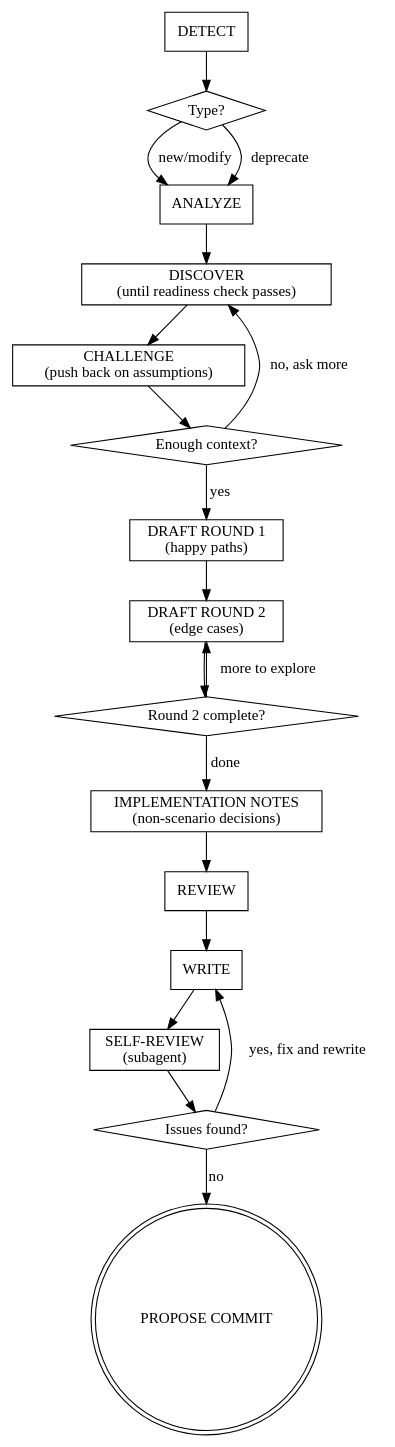
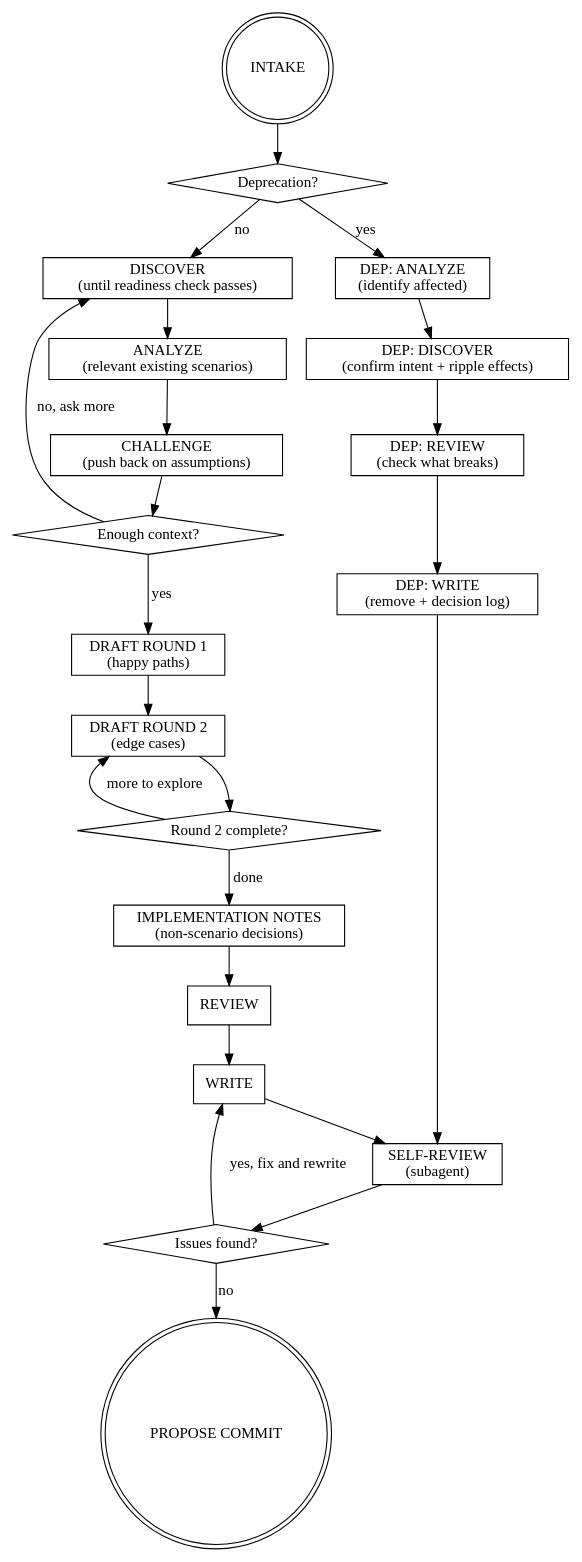
Before and after one commit to FilipPyrek/bdd-agentic-coding: the diagram in .claude/skills/writing-bdd-scenarios/SKILL.md, drawn with Graphviz. The commit also changed other lines of this file, not shown here.

First line of the commit message:
refactor(skill): reorder BDD phases to INTAKE→DISCOVER→ANALYZE→CHALLENGE

````diff
--- a/.claude/skills/writing-bdd-scenarios/SKILL.md
+++ b/.claude/skills/writing-bdd-scenarios/SKILL.md
@@ -141,38 +142,51 @@
 ```dot
 digraph bdd_flow {
-    "DETECT" [shape=box];
-    "Type?" [shape=diamond];
-    "ANALYZE" [shape=box];
+    "INTAKE" [shape=doublecircle];
+    "Deprecation?" [shape=diamond];
     "DISCOVER\n(until readiness check passes)" [shape=box];
+    "ANALYZE\n(relevant existing scenarios)" [shape=box];
     "CHALLENGE\n(push back on assumptions)" [shape=box];
     "Enough context?" [shape=diamond];
     "DRAFT ROUND 1\n(happy paths)" [shape=box];
     "DRAFT ROUND 2\n(edge cases)" [shape=box];
     "Round 2 complete?" [shape=diamond];
     "IMPLEMENTATION NOTES\n(non-scenario decisions)" [shape=box];
     "REVIEW" [shape=box];
     "WRITE" [shape=box];
     "SELF-REVIEW\n(subagent)" [shape=box];
     "Issues found?" [shape=diamond];
     "PROPOSE COMMIT" [shape=doublecircle];
 
-    "DETECT" -> "Type?";
-    "Type?" -> "ANALYZE" [label="new/modify"];
-    "Type?" -> "ANALYZE" [label="deprecate"];
-    "ANALYZE" -> "DISCOVER\n(until readiness check passes)";
-    "DISCOVER\n(until readiness check passes)" -> "CHALLENGE\n(push back on assumptions)";
-    "CHALLENGE\n(push back on assumptions)" -> "Enough context?" ;
+    subgraph deprecation {
+        "DEP: ANALYZE\n(identify affected)" [shape=box];
+        "DEP: DISCOVER\n(confirm intent + ripple effects)" [shape=box];
+        "DEP: REVIEW\n(check what breaks)" [shape=box];
+        "DEP: WRITE\n(remove + decision log)" [shape=box];
+    }
+
+    "INTAKE" -> "Deprecation?";
+    "Deprecation?" -> "DEP: ANALYZE\n(identify affected)" [label="yes"];
+    "Deprecation?" -> "DISCOVER\n(until readiness check passes)" [label="no"];
+
+    "DEP: ANALYZE\n(identify affected)" -> "DEP: DISCOVER\n(confirm intent + ripple effects)";
+    "DEP: DISCOVER\n(confirm intent + ripple effects)" -> "DEP: REVIEW\n(check what breaks)";
+    "DEP: REVIEW\n(check what breaks)" -> "DEP: WRITE\n(remove + decision log)";
+    "DEP: WRITE\n(remove + decision log)" -> "SELF-REVIEW\n(subagent)";
+
+    "DISCOVER\n(until readiness check passes)" -> "ANALYZE\n(relevant existing scenarios)";
+    "ANALYZE\n(relevant existing scenarios)" -> "CHALLENGE\n(push back on assumptions)";
+    "CHALLENGE\n(push back on assumptions)" -> "Enough context?";
     "Enough context?" -> "DISCOVER\n(until readiness check passes)" [label="no, ask more"];
     "Enough context?" -> "DRAFT ROUND 1\n(happy paths)" [label="yes"];
     "DRAFT ROUND 1\n(happy paths)" -> "DRAFT ROUND 2\n(edge cases)";
     "DRAFT ROUND 2\n(edge cases)" -> "Round 2 complete?";
     "Round 2 complete?" -> "DRAFT ROUND 2\n(edge cases)" [label="more to explore"];
     "Round 2 complete?" -> "IMPLEMENTATION NOTES\n(non-scenario decisions)" [label="done"];
     "IMPLEMENTATION NOTES\n(non-scenario decisions)" -> "REVIEW";
     "REVIEW" -> "WRITE";
     "WRITE" -> "SELF-REVIEW\n(subagent)";
     "SELF-REVIEW\n(subagent)" -> "Issues found?";
     "Issues found?" -> "WRITE" [label="yes, fix and rewrite"];
     "Issues found?" -> "PROPOSE COMMIT" [label="no"];
 }
 ```
````
